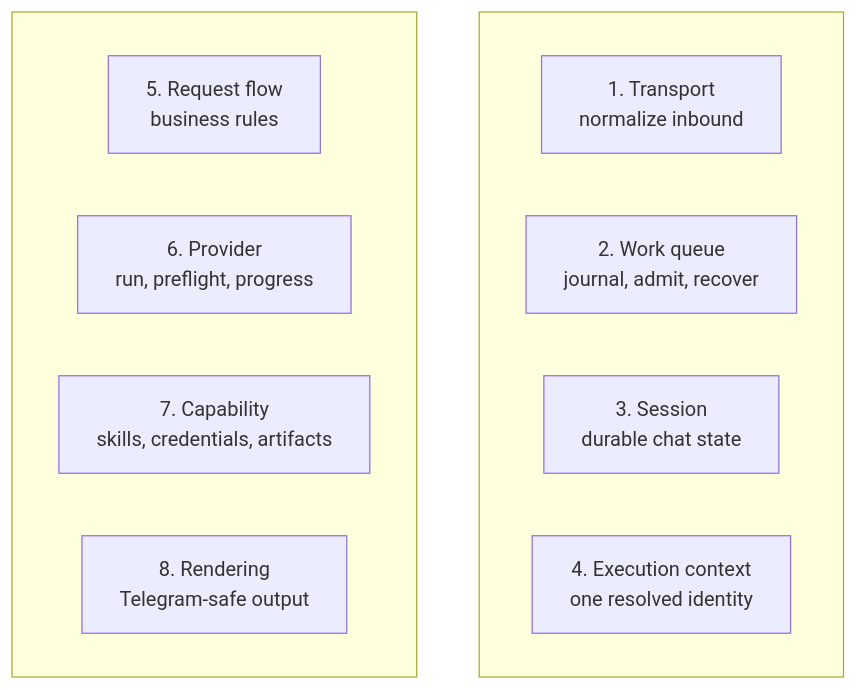
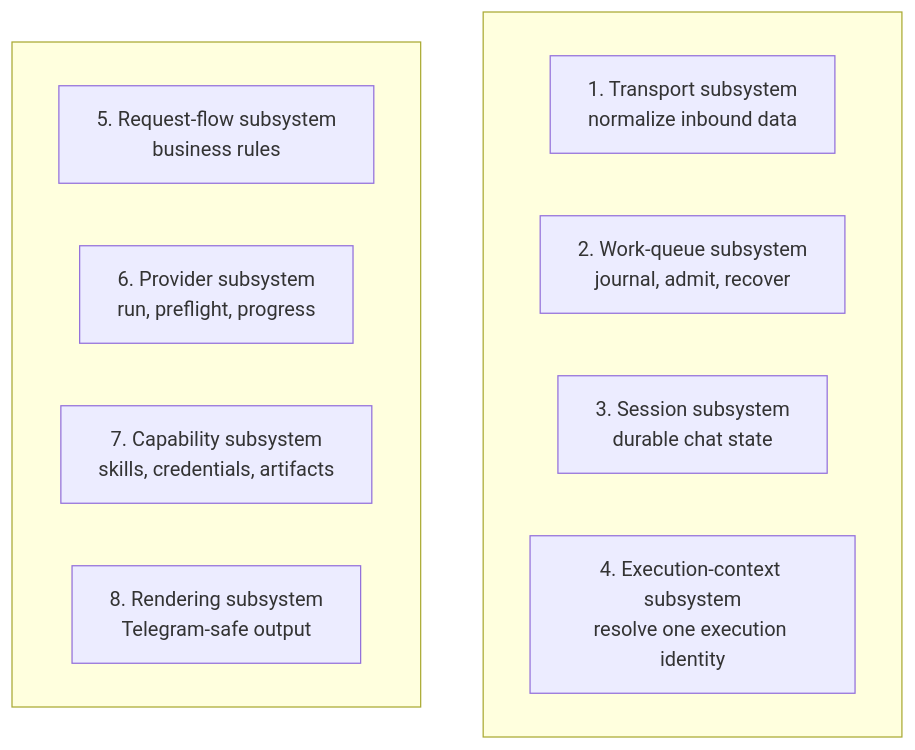
The second of 8 diagrams in docs/ARCHITECTURE.md (privacynow/octopus), drawn with Mermaid before and after one commit. The commit also changed other lines of this file, not shown here.

Commit message:
Simplify architecture language and diagrams

````diff
--- a/docs/ARCHITECTURE.md
+++ b/docs/ARCHITECTURE.md
@@ -144,18 +164,18 @@
 ```mermaid
 flowchart TB
     subgraph ROW1[" "]
         direction LR
-        B1["1. Transport<br/>normalize inbound"]
-        B2["2. Work queue<br/>journal, admit, recover"]
-        B3["3. Session<br/>durable chat state"]
-        B4["4. Execution context<br/>one resolved identity"]
+        B1["1. Transport subsystem<br/>normalize inbound data"]
+        B2["2. Work-queue subsystem<br/>journal, admit, recover"]
+        B3["3. Session subsystem<br/>durable chat state"]
+        B4["4. Execution-context subsystem<br/>resolve one execution identity"]
     end
 
     subgraph ROW2[" "]
         direction LR
-        B5["5. Request flow<br/>business rules"]
-        B6["6. Provider<br/>run, preflight, progress"]
-        B7["7. Capability<br/>skills, credentials, artifacts"]
-        B8["8. Rendering<br/>Telegram-safe output"]
+        B5["5. Request-flow subsystem<br/>business rules"]
+        B6["6. Provider subsystem<br/>run, preflight, progress"]
+        B7["7. Capability subsystem<br/>skills, credentials, artifacts"]
+        B8["8. Rendering subsystem<br/>Telegram-safe output"]
     end
 ```
````
